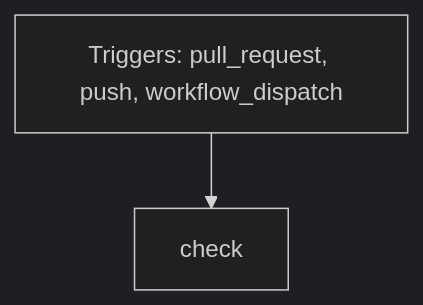
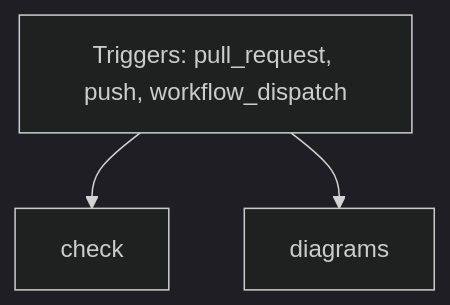
The diagram in docs/ci/github/script-scripts-docs-check.md (FrenchExDev2/QuietCli.PoSh), drawn with Mermaid (dark theme) before and after one commit. The commit also changed other lines of this file and 351 other files, not shown here.

Commit message:
Generate and verify GitHub workflow diagrams in documentation CI

```diff
--- a/docs/ci/github/script-scripts-docs-check.md
+++ b/docs/ci/github/script-scripts-docs-check.md
@@ -33,6 +33,8 @@
 ~~~mermaid
 flowchart TD
     event["Triggers: pull_request, push, workflow_dispatch"]
     job_check["check"]
+    job_diagrams["diagrams"]
     event --> job_check
+    event --> job_diagrams
 ~~~
```
